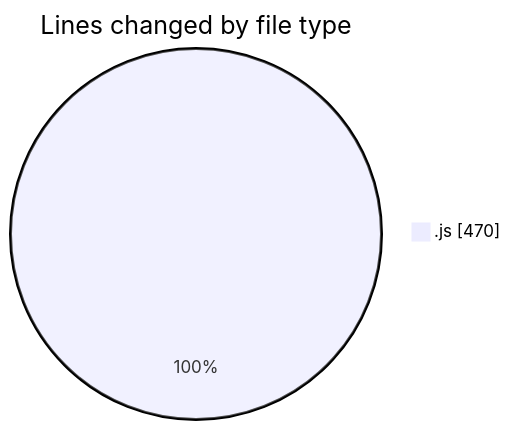
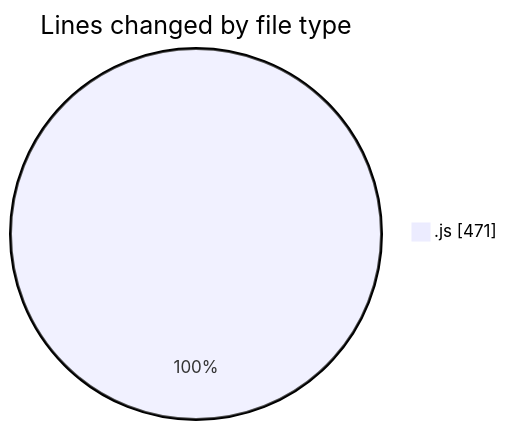
The first of 2 diagrams in 2025-02-03/cda/README.md (momahboobian/code-tracking), drawn with Mermaid before and after one commit. The commit also changed other lines of this file and 1 other file, not shown here.

````diff
--- a/2025-02-03/cda/README.md
+++ b/2025-02-03/cda/README.md
@@ -23,5 +23,5 @@
 ```mermaid
 pie showData
 title Lines changed by file type
-".js" : 470
+".js" : 471
 ```
````
